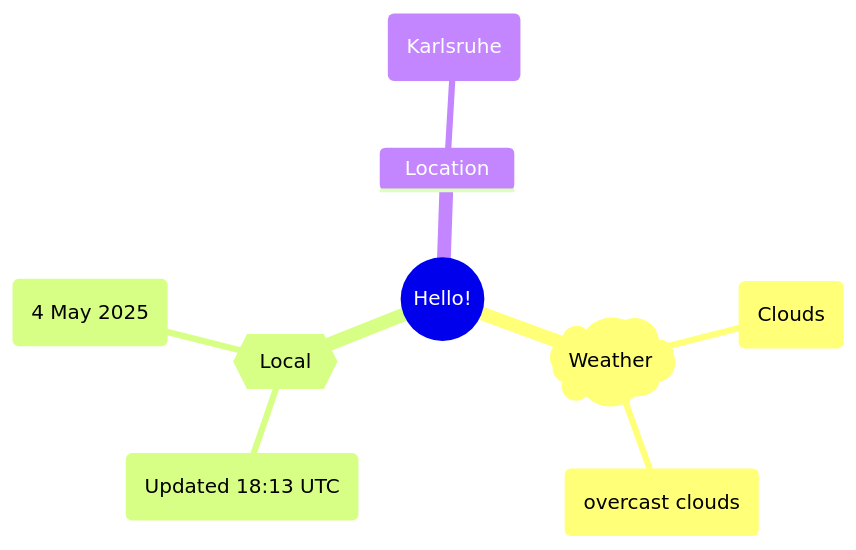
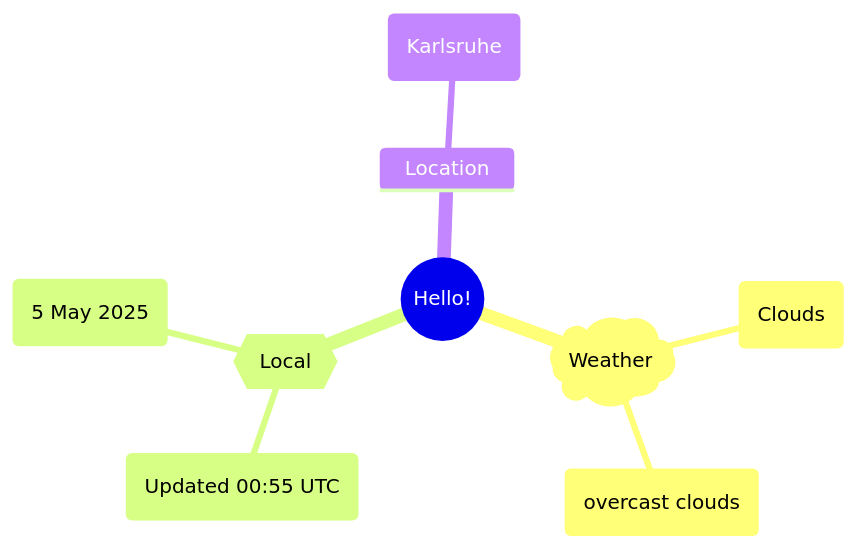
Before and after one commit to Xosrov/Xosrov: the first of 2 diagrams in README.md, drawn with Mermaid.

Commit message:
[bot] updated images

````diff
--- a/README.md
+++ b/README.md
@@ -3,12 +3,12 @@
 ```mermaid
 mindmap
   root((Hello!))
     )Weather(
         (Clouds)
         (overcast clouds)
     {{Local}}
-        (Updated 18:13 UTC)
-        (4 May 2025)
+        (Updated 00:55 UTC)
+        (5 May 2025)
     Location
         (Karlsruhe)
 ```
````
